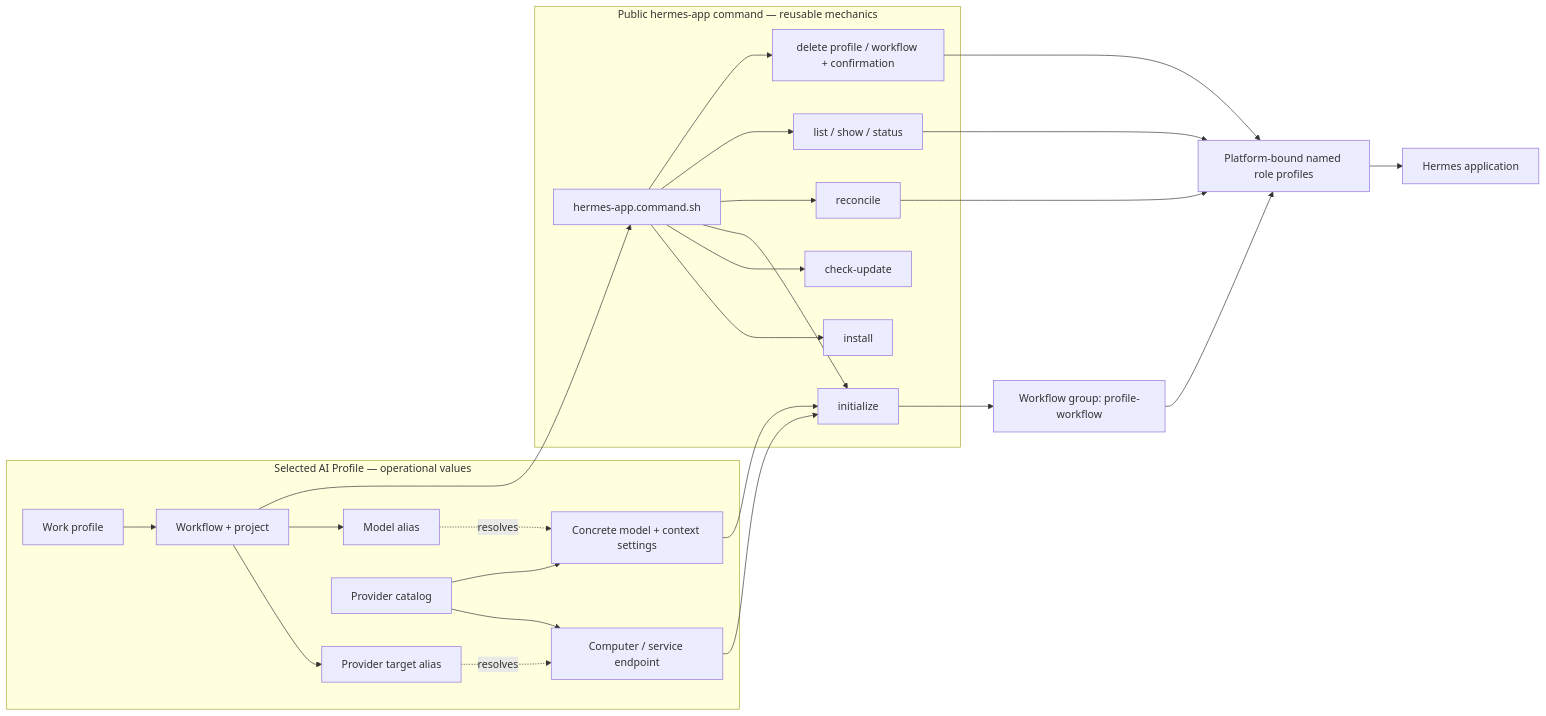
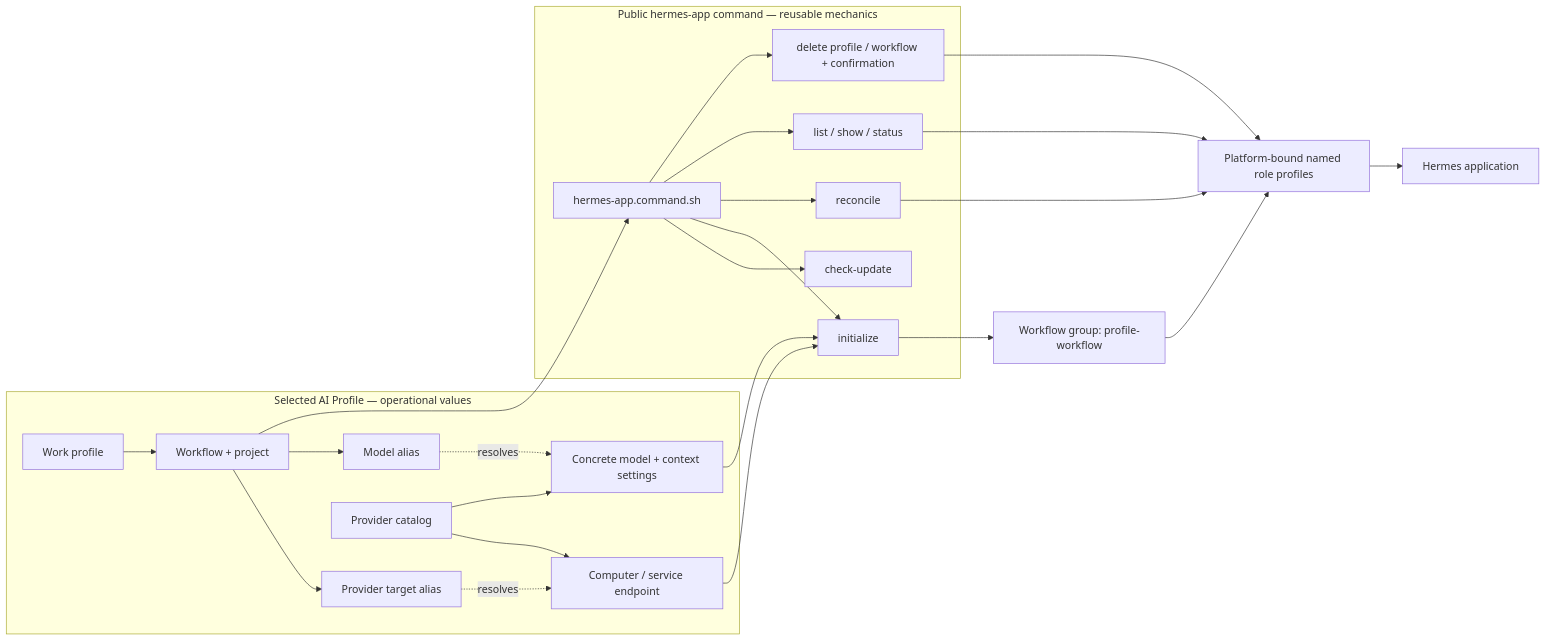
Before and after one commit to starodubtsevconsulting/ai-fleas: the diagram in ai-commands/hermes-app/hermes-app.command.md, drawn with Mermaid. The commit also changed other lines of this file and 10 other files, not shown here.

````diff
--- a/ai-commands/hermes-app/hermes-app.command.md
+++ b/ai-commands/hermes-app/hermes-app.command.md
@@ -9,38 +10,36 @@
 ```mermaid
 flowchart LR
   subgraph PrivateProfile["Selected AI Profile — operational values"]
     Profile["Work profile"] --> Workflow["Workflow + project"]
     Workflow --> TargetAlias["Provider target alias"]
     Workflow --> ModelAlias["Model alias"]
     Catalog["Provider catalog"] --> Target["Computer / service endpoint"]
     Catalog --> Model["Concrete model + context settings"]
     TargetAlias -. resolves .-> Target
     ModelAlias -. resolves .-> Model
   end
 
   subgraph PublicCommand["Public hermes-app command — reusable mechanics"]
     Dispatcher["hermes-app.command.sh"]
-    Install["install"]
     CheckUpdate["check-update"]
     Initialize["initialize"]
     Reconcile["reconcile"]
     Inspect["list / show / status"]
     Delete["delete profile / workflow + confirmation"]
-    Dispatcher --> Install
     Dispatcher --> CheckUpdate
     Dispatcher --> Initialize
     Dispatcher --> Reconcile
     Dispatcher --> Inspect
     Dispatcher --> Delete
   end
 
   Workflow --> Dispatcher
   Target --> Initialize
   Model --> Initialize
   Initialize --> Group["Workflow group: profile-workflow"]
   Group --> Roster["Platform-bound named role profiles"]
   Reconcile --> Roster
   Inspect --> Roster
   Delete --> Roster
   Roster --> App["Hermes application"]
 ```
````
